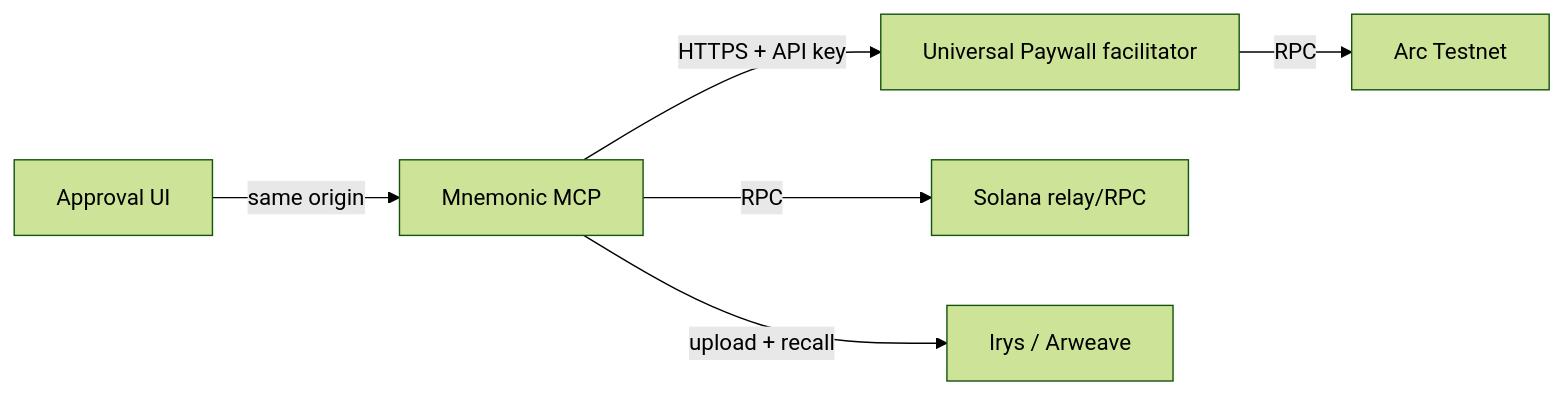
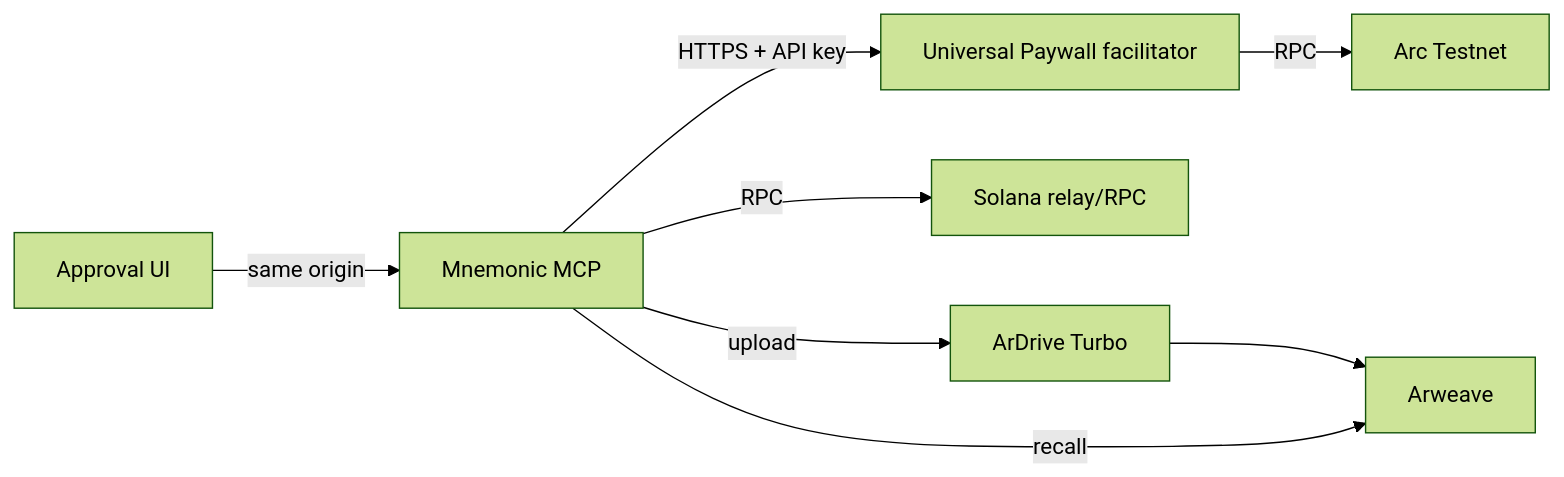
One commit to mnemonik-dev/coding-fabric changed the diagram in infrastructure/paywall-staging/README.md. Above: the diagram before and after it, drawn with Mermaid (forest theme). The commit also changed other lines of this file and 71 other files, not shown here.

First line of the commit message:
chore(storage): configure Arweave reads and ArDrive Turbo uploads (#23)

````diff
--- a/infrastructure/paywall-staging/README.md
+++ b/infrastructure/paywall-staging/README.md
@@ -22,8 +22,10 @@
 ```mermaid
 flowchart LR
   UI[Approval UI] -->|same origin| MCP[Mnemonic MCP]
   MCP -->|HTTPS + API key| UP[Universal Paywall facilitator]
   MCP -->|RPC| SOL[Solana relay/RPC]
-  MCP -->|upload + recall| IRYS[Irys / Arweave]
+  MCP -->|upload| TURBO[ArDrive Turbo]
+  TURBO --> AR[Arweave]
+  MCP -->|recall| AR
   UP -->|RPC| EVM[Arc Testnet]
 ```
````
